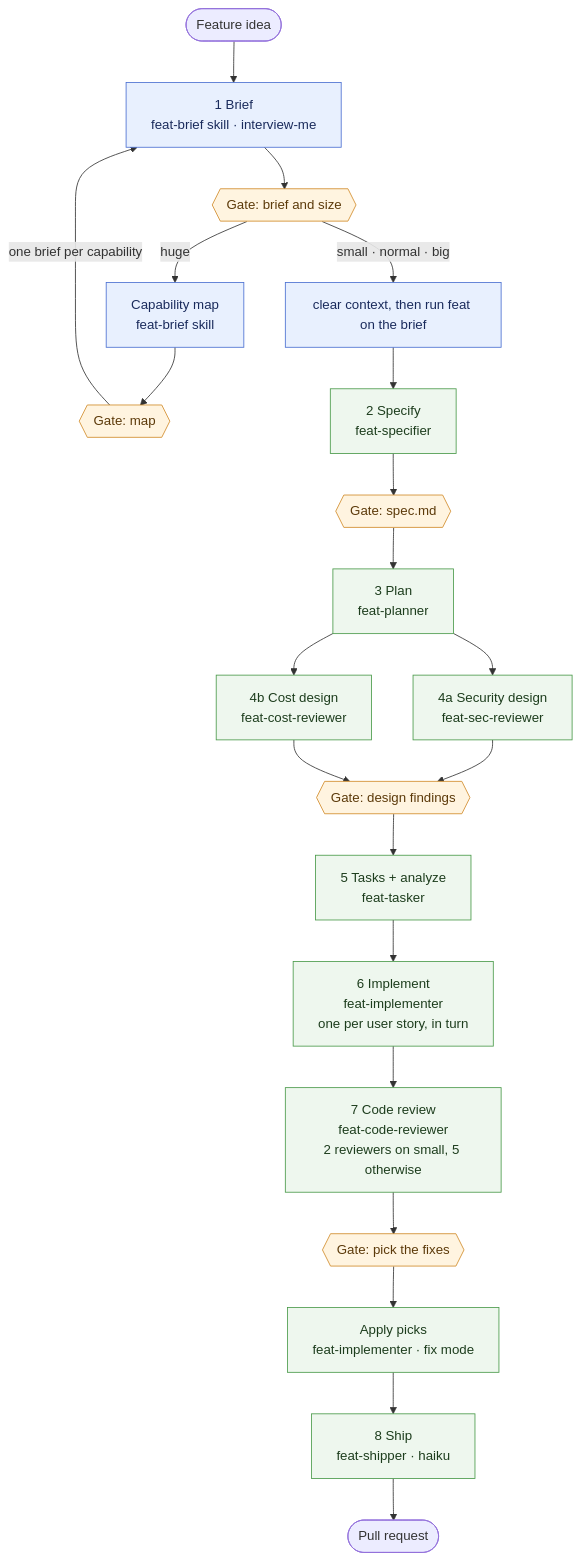
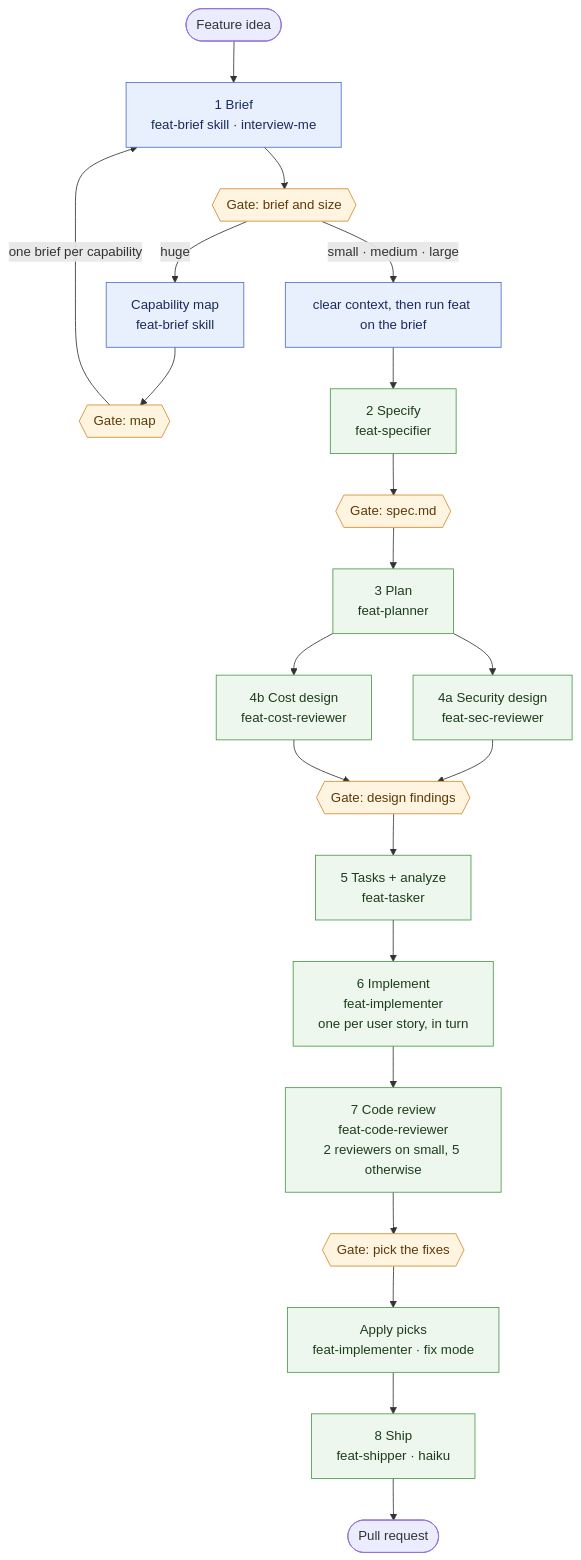
One commit to pdemagny/feat-agent changed the diagram in README.md. Above: the diagram before and after it, drawn with Mermaid. The commit also changed other lines of this file and 6 other files, not shown here.

Commit message:
refactor: rename sizes to small, medium, large and huge

````diff
--- a/README.md
+++ b/README.md
@@ -18,30 +18,30 @@
 ```mermaid
 flowchart TD
     idea([Feature idea]) --> P1["1 Brief<br/>feat-brief skill · interview-me"]
     P1 --> G1{{"Gate: brief and size"}}
     G1 -- huge --> MAP["Capability map<br/>feat-brief skill"]
     MAP --> GM{{"Gate: map"}}
     GM -- "one brief per capability" --> P1
-    G1 -- "small · normal · big" --> CLR["clear context, then run feat on the brief"]
+    G1 -- "small · medium · large" --> CLR["clear context, then run feat on the brief"]
     CLR --> P2["2 Specify<br/>feat-specifier"]
     P2 --> G2{{"Gate: spec.md"}}
     G2 --> P3["3 Plan<br/>feat-planner"]
     P3 --> P4a["4a Security design<br/>feat-sec-reviewer"]
     P3 --> P4b["4b Cost design<br/>feat-cost-reviewer"]
     P4a --> G4{{"Gate: design findings"}}
     P4b --> G4
     G4 --> P5["5 Tasks + analyze<br/>feat-tasker"]
     P5 --> P6["6 Implement<br/>feat-implementer<br/>one per user story, in turn"]
     P6 --> P7["7 Code review<br/>feat-code-reviewer<br/>2 reviewers on small, 5 otherwise"]
     P7 --> G7{{"Gate: pick the fixes"}}
     G7 --> P7f["Apply picks<br/>feat-implementer · fix mode"]
     P7f --> P8["8 Ship<br/>feat-shipper · haiku"]
     P8 --> PR([Pull request])
 
     classDef you fill:#e8f0fe,stroke:#4a6fd1,color:#1a2b5c
     classDef agent fill:#eef7ee,stroke:#4a9a4a,color:#1d3d1d
     classDef gate fill:#fff4e0,stroke:#d18b2a,color:#5c3a0a
     class P1,MAP,CLR you
     class P2,P3,P4a,P4b,P5,P6,P7,P7f,P8 agent
     class G1,GM,G2,G4,G7 gate
 ```
````
